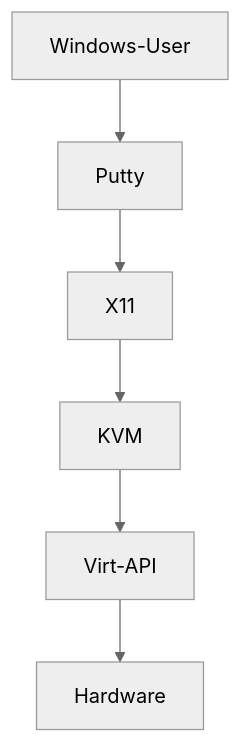
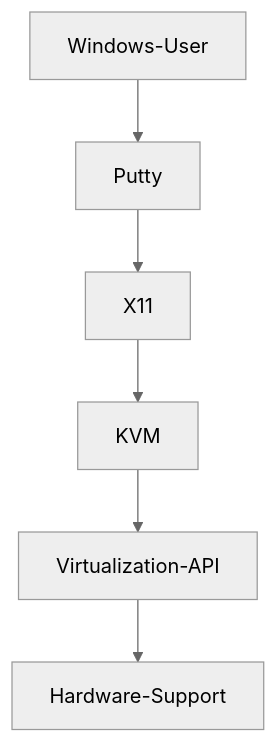
The diagram in linux/README.md (Regyl/KnowledgeDB), drawn with Mermaid (neutral theme) before and after one commit.

````diff
--- a/linux/README.md
+++ b/linux/README.md
@@ -8,8 +8,8 @@
 ```mermaid
   graph TD;
-      Virt-API --> Hardware;
-      KVM --> Virt-API;
+      Virtualization-API --> Hardware-Support;
+      KVM --> Virtualization-API;
       X11 --> KVM;
       Putty --> X11;
       Windows-User --> Putty;
 ```
````
